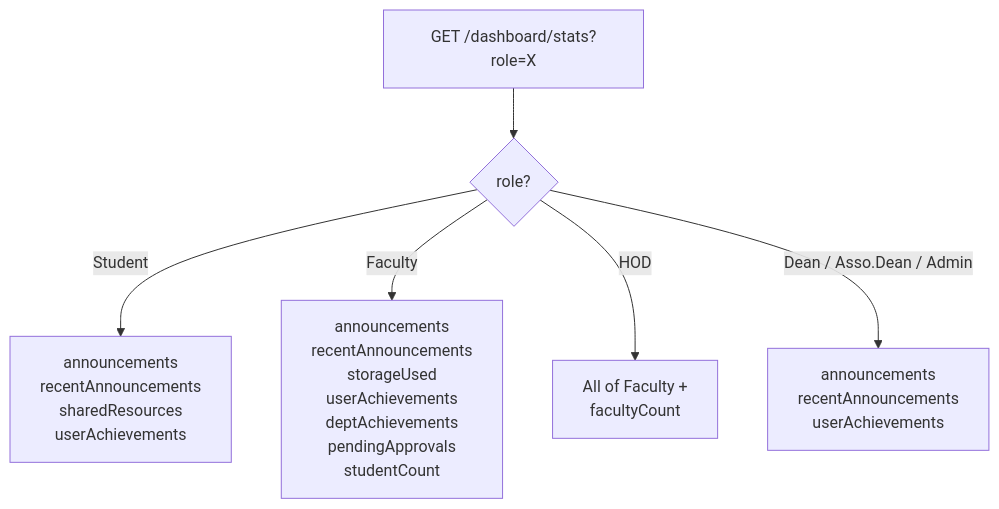
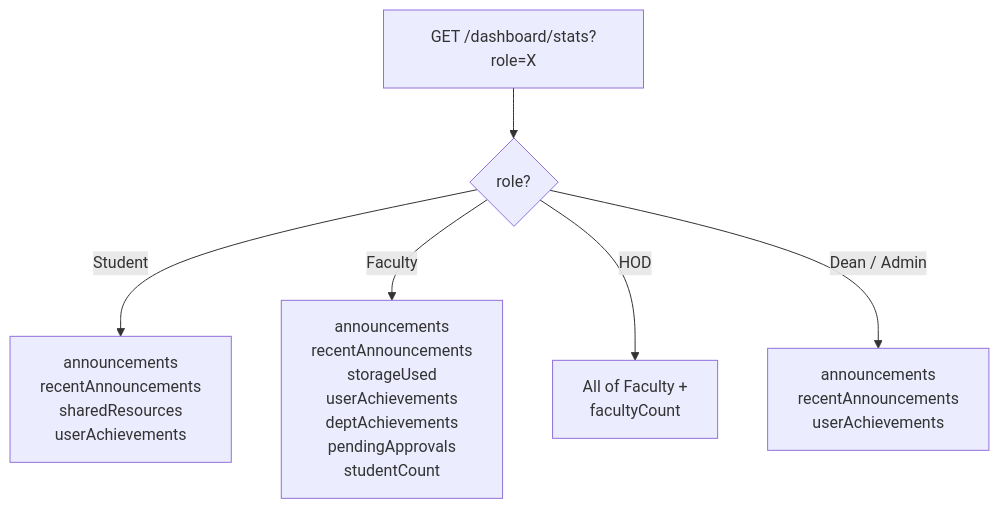
The diagram in docs/03-api-contracts/dashboard-stats.md (ganesh714/aus_intranet), drawn with Mermaid before and after one commit. The commit also changed 6 other files, not shown here.

````diff
--- a/docs/03-api-contracts/dashboard-stats.md
+++ b/docs/03-api-contracts/dashboard-stats.md
@@ -35,8 +35,8 @@
 ```mermaid
 flowchart TD
     A["GET /dashboard/stats?role=X"] --> B{"role?"}
     B -- "Student" --> S["announcements\nrecentAnnouncements\nsharedResources\nuserAchievements"]
     B -- "Faculty" --> F["announcements\nrecentAnnouncements\nstorageUsed\nuserAchievements\ndeptAchievements\npendingApprovals\nstudentCount"]
     B -- "HOD" --> H["All of Faculty +\nfacultyCount"]
-    B -- "Dean / Asso.Dean / Admin" --> D["announcements\nrecentAnnouncements\nuserAchievements"]
+    B -- "Dean / Admin" --> D["announcements\nrecentAnnouncements\nuserAchievements"]
 ```
````
